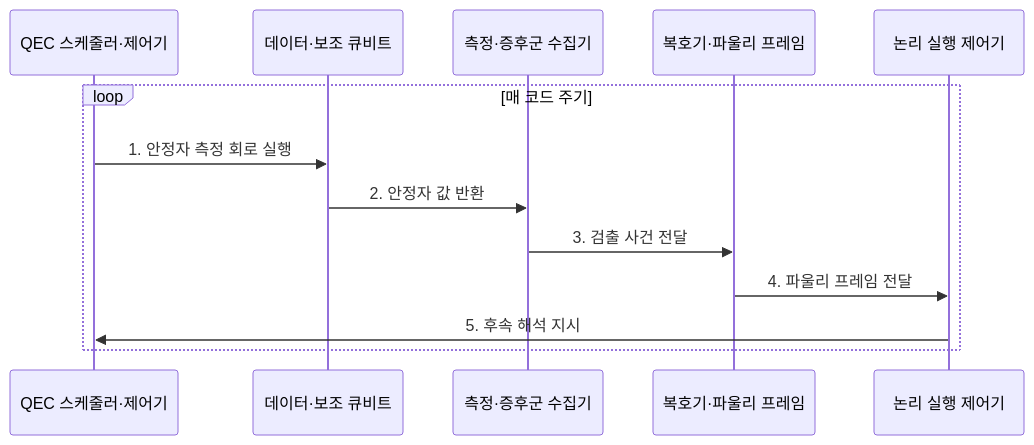
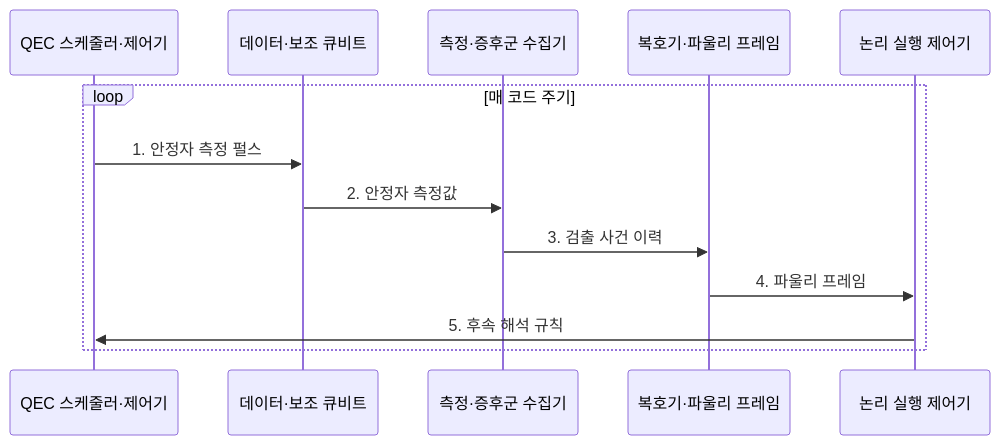
One commit to agnusdei1207/knowledge-base changed the second of 2 diagrams in src/content/docs/notes/02-hardware/074_quantum_error_correction_surface_code.md. Above: the diagram before and after it, drawn with Mermaid. The commit also changed other lines of this file and 20 other files, not shown here.

````diff
--- a/src/content/docs/notes/02-hardware/074_quantum_error_correction_surface_code.md
+++ b/src/content/docs/notes/02-hardware/074_quantum_error_correction_surface_code.md
@@ -89,16 +94,16 @@
 ```mermaid
 sequenceDiagram
     participant S as QEC 스케줄러·제어기
     participant Q as 데이터·보조 큐비트
     participant M as 측정·증후군 수집기
     participant R as 복호기·파울리 프레임
     participant L as 논리 실행 제어기
 
     loop 매 코드 주기
-        S->>Q: 1. 안정자 측정 회로 실행
-        Q->>M: 2. 안정자 값 반환
-        M->>R: 3. 검출 사건 전달
-        R->>L: 4. 파울리 프레임 전달
-        L->>S: 5. 후속 해석 지시
+        S->>Q: 1. 안정자 측정 펄스
+        Q->>M: 2. 안정자 측정값
+        M->>R: 3. 검출 사건 이력
+        R->>L: 4. 파울리 프레임
+        L->>S: 5. 후속 해석 규칙
     end
 ```
````
